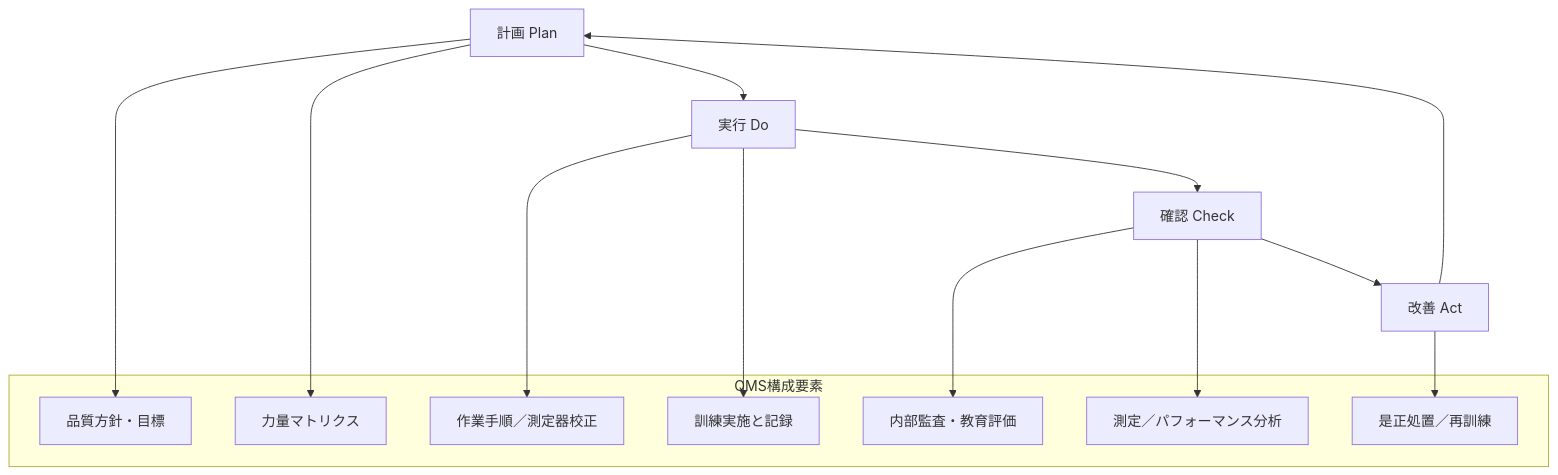
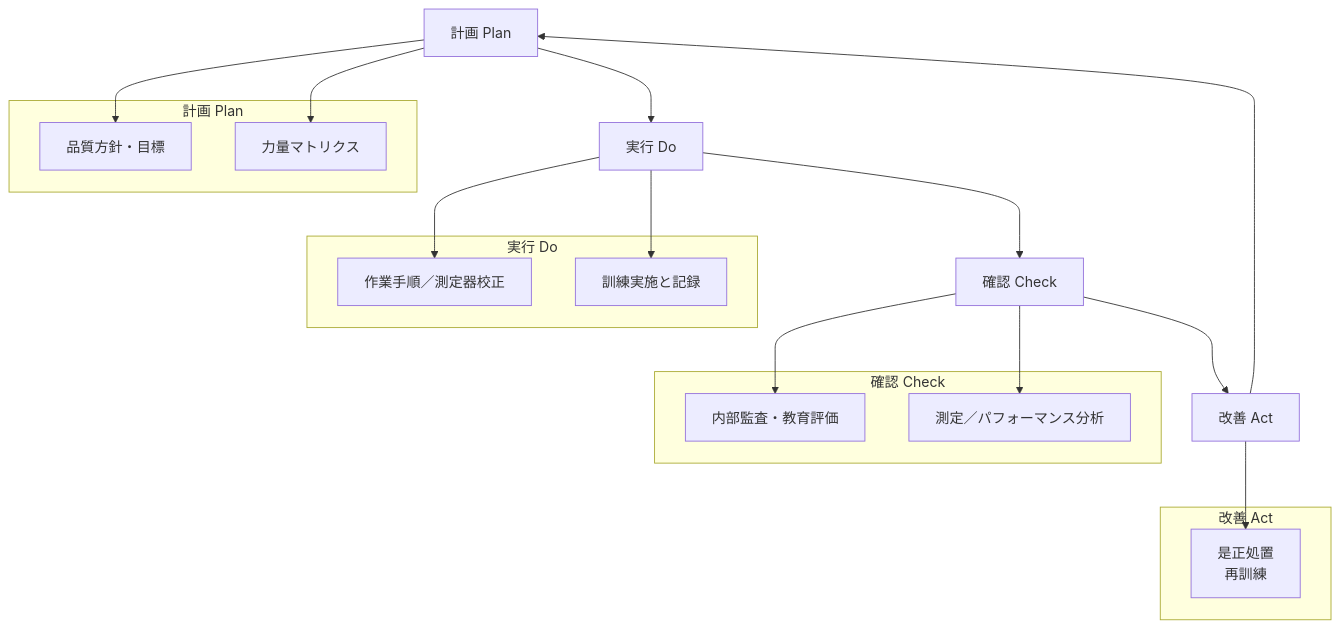
Before and after one commit to Samizo-AITL/EduLms: the diagram in mermaid_diagrams/qms_pdca_flow.mmd, drawn with Mermaid.

```diff
--- a/mermaid_diagrams/qms_pdca_flow.mmd
+++ b/mermaid_diagrams/qms_pdca_flow.mmd
@@ -1,23 +1,32 @@
 flowchart TD
-    A[計画 Plan] --> B[実行 Do]
-    B --> C[確認 Check]
-    C --> D[改善 Act]
-    D --> A
+    P[計画 Plan] --> D[実行 Do]
+    D --> C[確認 Check]
+    C --> A[改善 Act]
+    A --> P
 
-    subgraph QMS構成要素
-        A1[品質方針・目標]
-        A2[力量マトリクス]
-        B1[作業手順／測定器校正]
-        B2[訓練実施と記録]
+    subgraph 計画 Plan
+        P1[品質方針・目標]
+        P2[力量マトリクス]
+    end
+
+    subgraph 実行 Do
+        D1[作業手順／測定器校正]
+        D2[訓練実施と記録]
+    end
+
+    subgraph 確認 Check
         C1[内部監査・教育評価]
         C2[測定／パフォーマンス分析]
-        D1[是正処置／再訓練]
     end
 
-    A --> A1
-    A --> A2
-    B --> B1
-    B --> B2
+    subgraph 改善 Act
+        A1[是正処置<br>再訓練]
+    end
+
+    P --> P1
+    P --> P2
+    D --> D1
+    D --> D2
     C --> C1
     C --> C2
-    D --> D1
+    A --> A1
```
